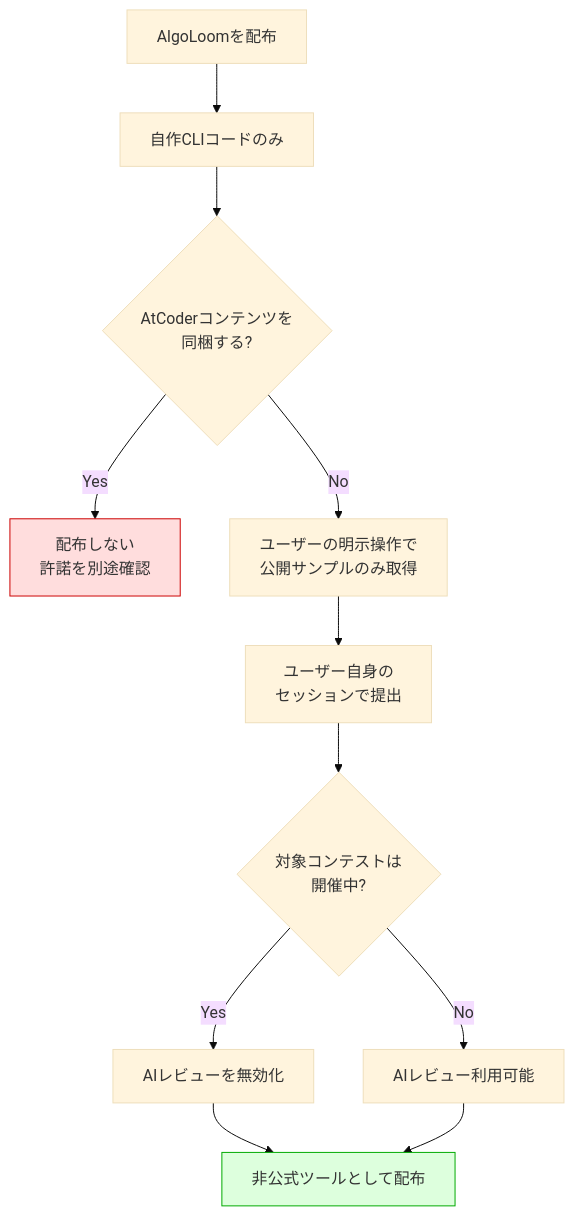
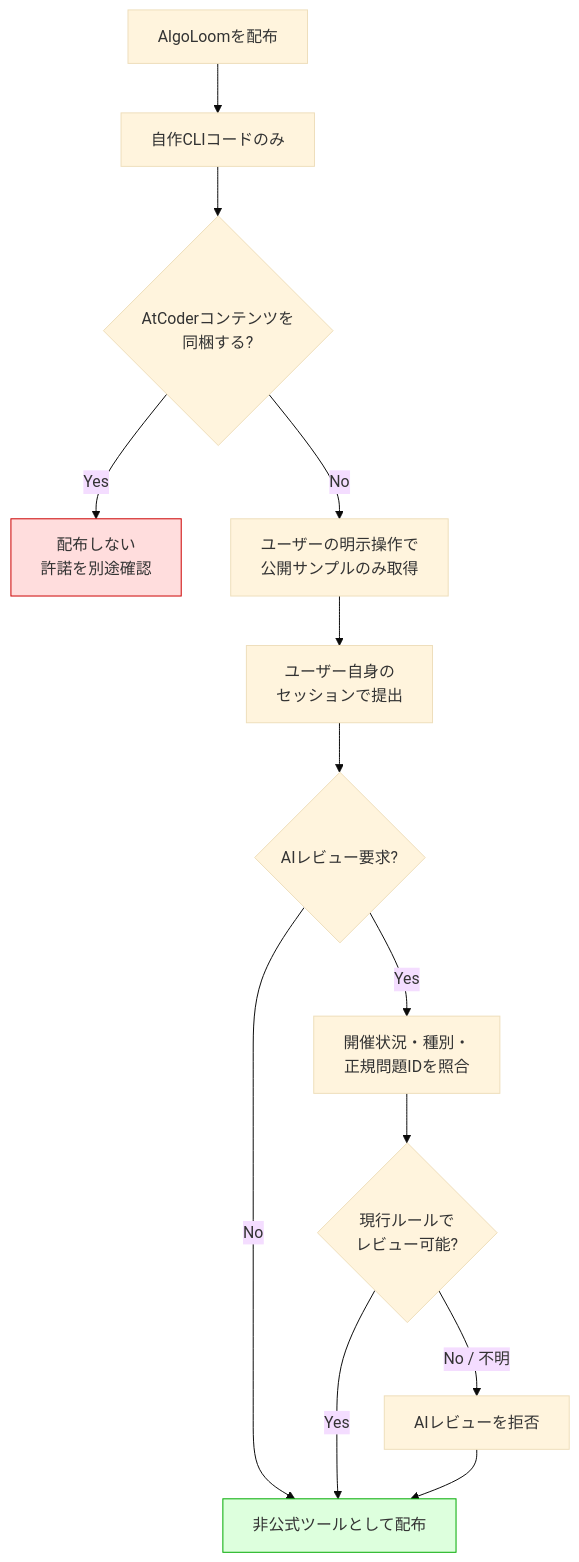
One commit to mgmaru/algo-loom changed the first of 5 diagrams in distribution/algoloom-distribution.md. Above: the diagram before and after it, drawn with Mermaid (base theme). The commit also changed other lines of this file, not shown here.

````diff
--- a/distribution/algoloom-distribution.md
+++ b/distribution/algoloom-distribution.md
@@ -29,16 +31,18 @@
 ```mermaid
 flowchart TD
     A[AlgoLoomを配布] --> B[自作CLIコードのみ]
     B --> C{AtCoderコンテンツを<br/>同梱する?}
     C -->|Yes| X[配布しない<br/>許諾を別途確認]
     C -->|No| D[ユーザーの明示操作で<br/>公開サンプルのみ取得]
     D --> E[ユーザー自身の<br/>セッションで提出]
-    E --> F{対象コンテストは<br/>開催中?}
-    F -->|Yes| G[AIレビューを無効化]
-    F -->|No| H[AIレビュー利用可能]
-    G --> I[非公式ツールとして配布]
-    H --> I
+    E --> F{AIレビュー要求?}
+    F -->|No| I[非公式ツールとして配布]
+    F -->|Yes| G[開催状況・種別・<br/>正規問題IDを照合]
+    G --> H{現行ルールで<br/>レビュー可能?}
+    H -->|No / 不明| X2[AIレビューを拒否]
+    H -->|Yes| I
+    X2 --> I
 
     style X fill:#fdd,stroke:#c00
     style I fill:#dfd,stroke:#0a0
 ```
````
